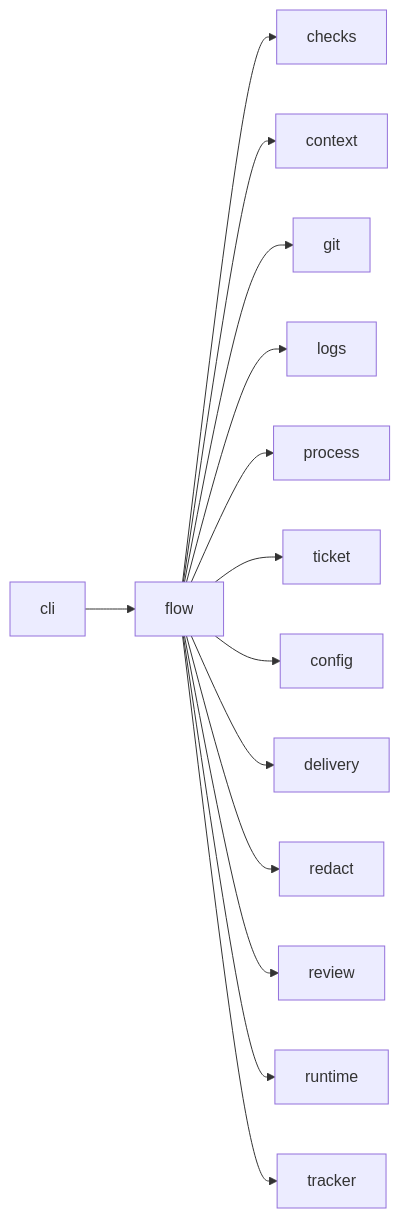
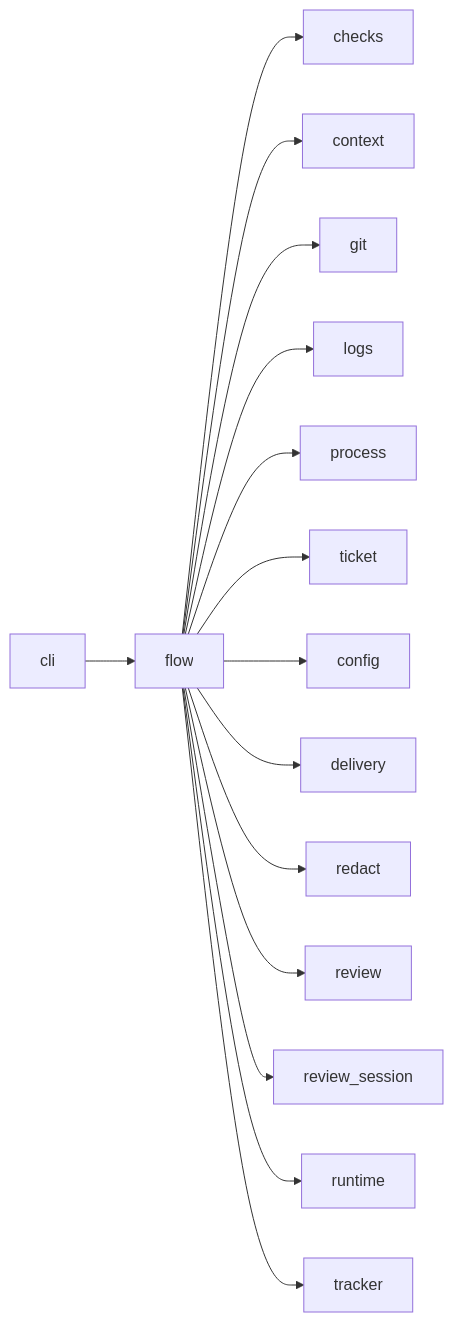
One commit to plaplanche/ariane changed the diagram in docs/architecture/modules/flow.md. Above: the diagram before and after it, drawn with Mermaid. The commit also changed other lines of this file and 23 other files, not shown here.

````diff
--- a/docs/architecture/modules/flow.md
+++ b/docs/architecture/modules/flow.md
@@ -18,16 +19,17 @@
 ```mermaid
 flowchart LR
   flow --> checks
   flow --> context
   flow --> git
   flow --> logs
   flow --> process
   flow --> ticket
   flow --> config
   flow --> delivery
   flow --> redact
   flow --> review
+  flow --> review_session
   flow --> runtime
   flow --> tracker
   cli --> flow
 ```
````
